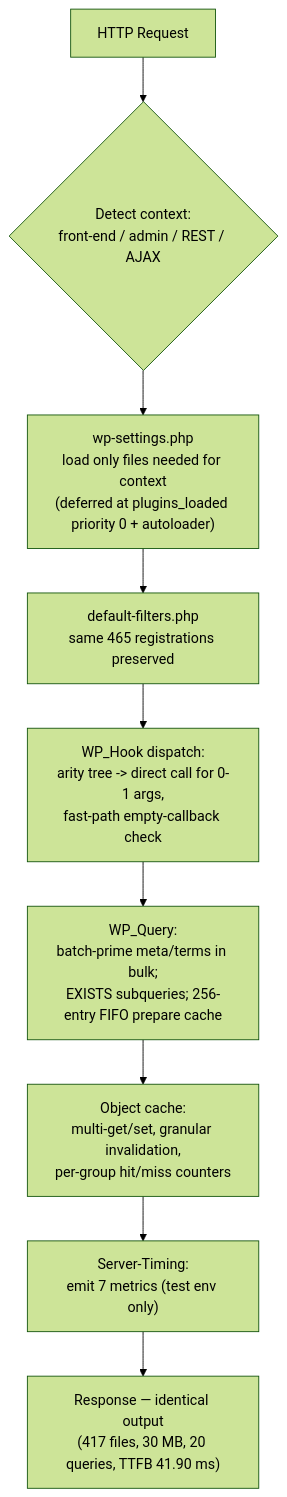
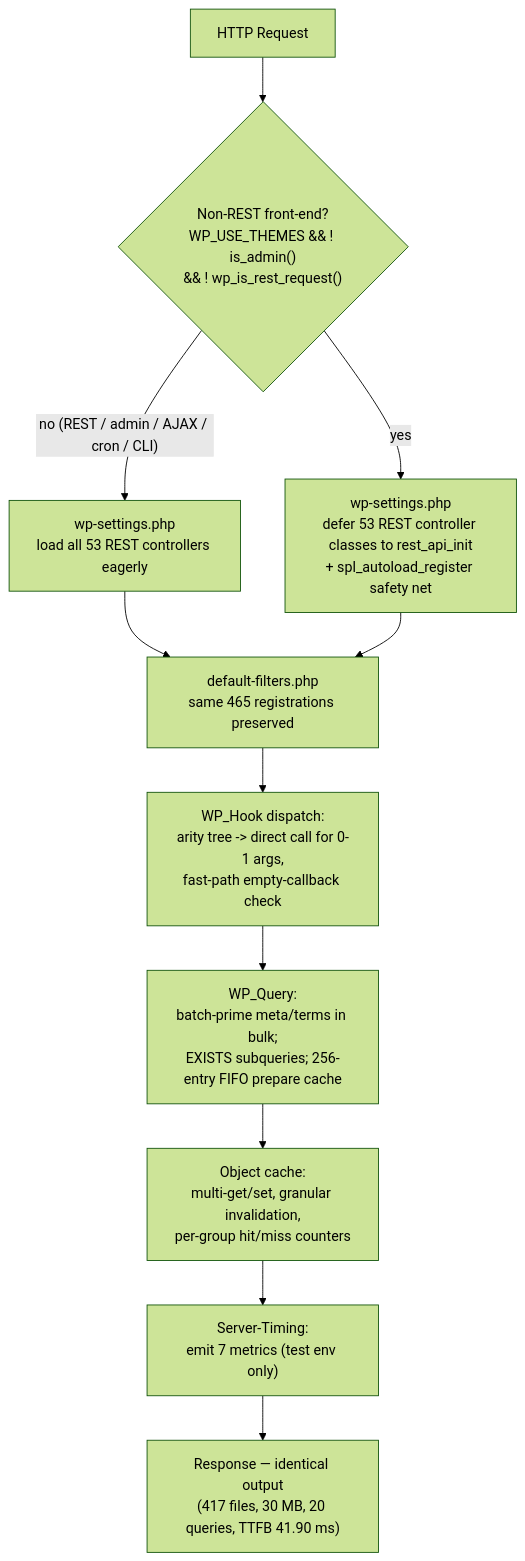
One commit to Blitzy-Sandbox/blitzy-wordpress changed the second of 3 diagrams in benchmarks/results/decision-log-and-traceability.md. Above: the diagram before and after it, drawn with Mermaid (forest theme). The commit also changed other lines of this file and 10 other files, not shown here.

First line of the commit message:
Resolve CP5 code-review findings: REST autoloader safety net, permalink memo key, doc fidelity

````diff
--- a/benchmarks/results/decision-log-and-traceability.md
+++ b/benchmarks/results/decision-log-and-traceability.md
@@ -224,14 +226,17 @@
 ```mermaid
 graph TD
     %% Diagram: Runtime Architecture — After (context-aware, deferred runtime)
-    %% Legend: diamond = context branch; only context-relevant subsystems load;
+    %% Legend: diamond = request-context predicate; only a non-REST front-end request
+    %% defers the 53 REST controller classes (every other context loads eagerly);
     %% all public contracts (signatures, hooks, REST schemas, wp.* API) are preserved.
-    A2["HTTP Request"] --> CTX{"Detect context:<br/>front-end / admin / REST / AJAX"}
-    CTX --> B2["wp-settings.php<br/>load only files needed for context<br/>(deferred at plugins_loaded priority 0 + autoloader)"]
+    A2["HTTP Request"] --> CTX{"Non-REST front-end?<br/>WP_USE_THEMES &amp;&amp; ! is_admin()<br/>&amp;&amp; ! wp_is_rest_request()"}
+    CTX -->|"yes"| B2["wp-settings.php<br/>defer 53 REST controller classes to rest_api_init<br/>+ spl_autoload_register safety net"]
+    CTX -->|"no (REST / admin / AJAX / cron / CLI)"| B3["wp-settings.php<br/>load all 53 REST controllers eagerly"]
+    B3 --> D2
     B2 --> D2["default-filters.php<br/>same 465 registrations preserved"]
     D2 --> E2["WP_Hook dispatch:<br/>arity tree -> direct call for 0-1 args,<br/>fast-path empty-callback check"]
     E2 --> F2["WP_Query:<br/>batch-prime meta/terms in bulk;<br/>EXISTS subqueries; 256-entry FIFO prepare cache"]
     F2 --> G2["Object cache:<br/>multi-get/set, granular invalidation,<br/>per-group hit/miss counters"]
     G2 --> ST["Server-Timing:<br/>emit 7 metrics (test env only)"]
     ST --> H2["Response — identical output<br/>(417 files, 30 MB, 20 queries, TTFB 41.90 ms)"]
 ```
````
